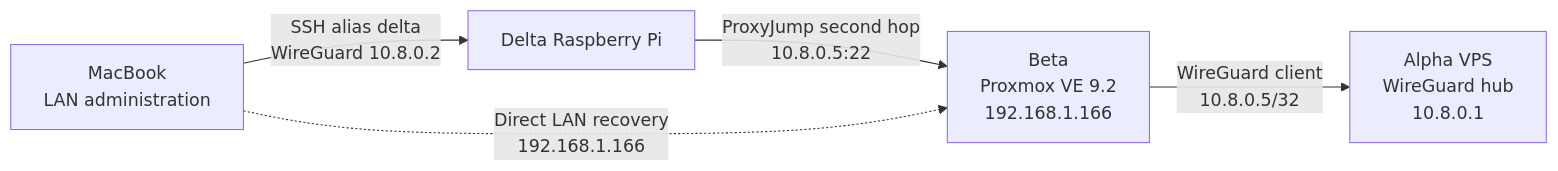
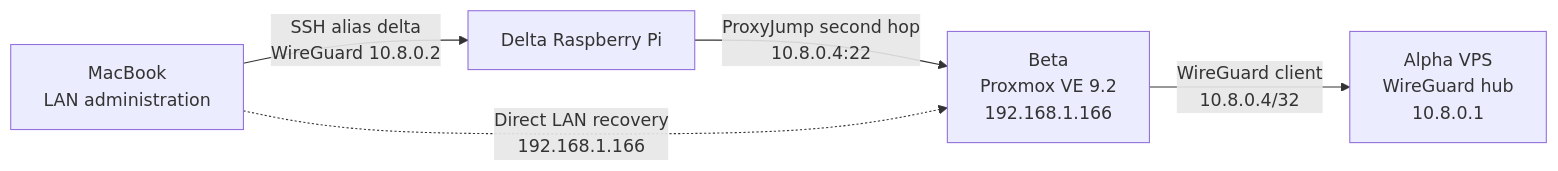
Before and after one commit to Manuel0516/zero-five-handbook: the diagram in content/docs/laptop-beta/index.mdx, drawn with Mermaid. The commit also changed other lines of this file and 22 other files, not shown here.

````diff
--- a/content/docs/laptop-beta/index.mdx
+++ b/content/docs/laptop-beta/index.mdx
@@ -13,11 +13,11 @@
 ```mermaid
 flowchart LR
     mac["MacBook<br/>LAN administration"]
     beta["Beta<br/>Proxmox VE 9.2<br/>192.168.1.166"]
     alpha["Alpha VPS<br/>WireGuard hub<br/>10.8.0.1"]
 
     mac -->|"SSH alias delta<br/>WireGuard 10.8.0.2"| delta["Delta Raspberry Pi"]
-    delta -->|"ProxyJump second hop<br/>10.8.0.5:22"| beta
-    beta -->|"WireGuard client<br/>10.8.0.5/32"| alpha
+    delta -->|"ProxyJump second hop<br/>10.8.0.4:22"| beta
+    beta -->|"WireGuard client<br/>10.8.0.4/32"| alpha
     mac -. "Direct LAN recovery<br/>192.168.1.166" .-> beta
 ```
````
